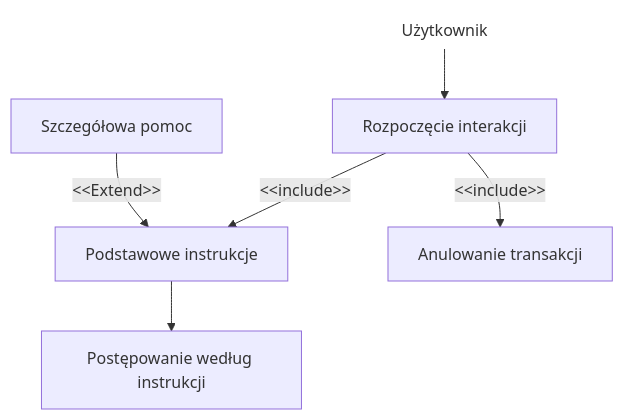
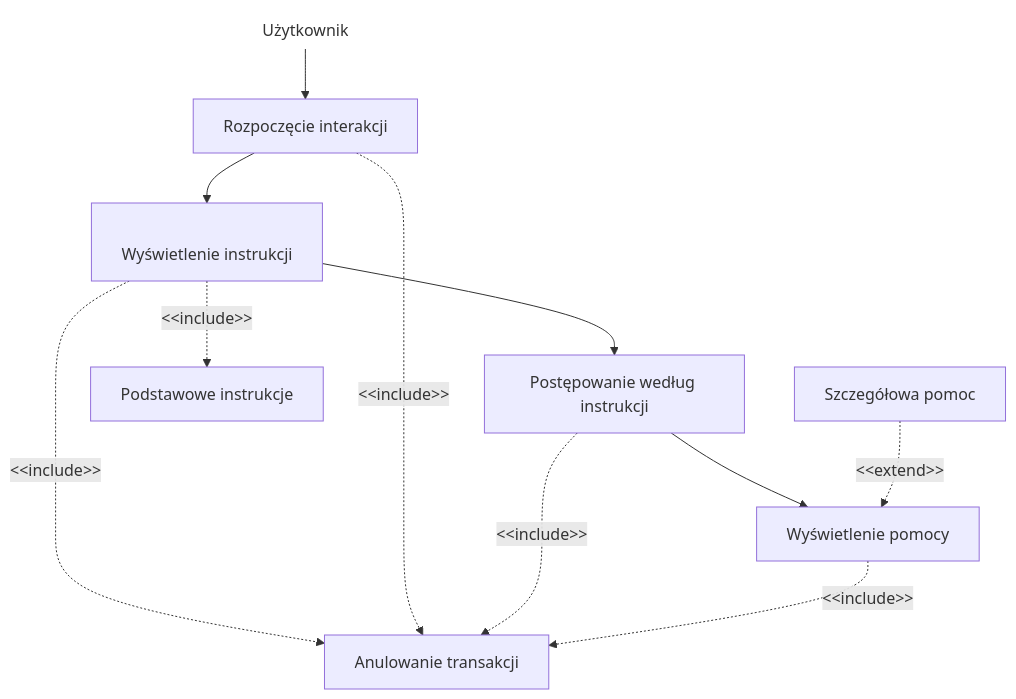
Before and after one commit to RukatM/MWO: the first of 4 diagrams in uzytkownik.md, drawn with Mermaid. The commit also changed other lines of this file, not shown here.

````diff
--- a/uzytkownik.md
+++ b/uzytkownik.md
@@ -19,9 +19,15 @@
 ```mermaid
 flowchart TD
-    A["Rozpoczęcie interakcji"] -- &lt;&lt;include&gt;&gt; --> B["Podstawowe instrukcje"] & E["Anulowanie transakcji"]
-    B --> C["Postępowanie według instrukcji"]
-    F["Szczegółowa pomoc"] -- &lt;&lt;Extend&gt;&gt; --> B
-    n1["Użytkownik"] --> A
+    B["<br>Wyświetlenie instrukcji<br>"] --> C["Postępowanie według instrukcji"]
+    B -. "<span style=padding-left:>&lt;&lt;include&gt;&gt;</span>" .-> n3["Anulowanie transakcji<br>"] & n4["Podstawowe instrukcje<br>"]
+    n1["Użytkownik"] --> A["Rozpoczęcie interakcji<br>"]
+    A --> B
+    A -. "<span style=padding-left:>&lt;&lt;include&gt;&gt;</span>" .-> n3
+    C --> n2["Wyświetlenie pomocy<br>"]
+    C -. "<span style=padding-left:>&lt;&lt;include&gt;&gt;</span>" .-> n3
+    n2 -. &lt;&lt;include&gt;&gt; .-> n3
+    n5["Szczegółowa pomoc<br>"] -. "<span style=padding-left:>&lt;&lt;extend&gt;&gt;</span>" .-> n2
 
+    C@{ shape: rect}
     n1@{ shape: text}
 ```
````
